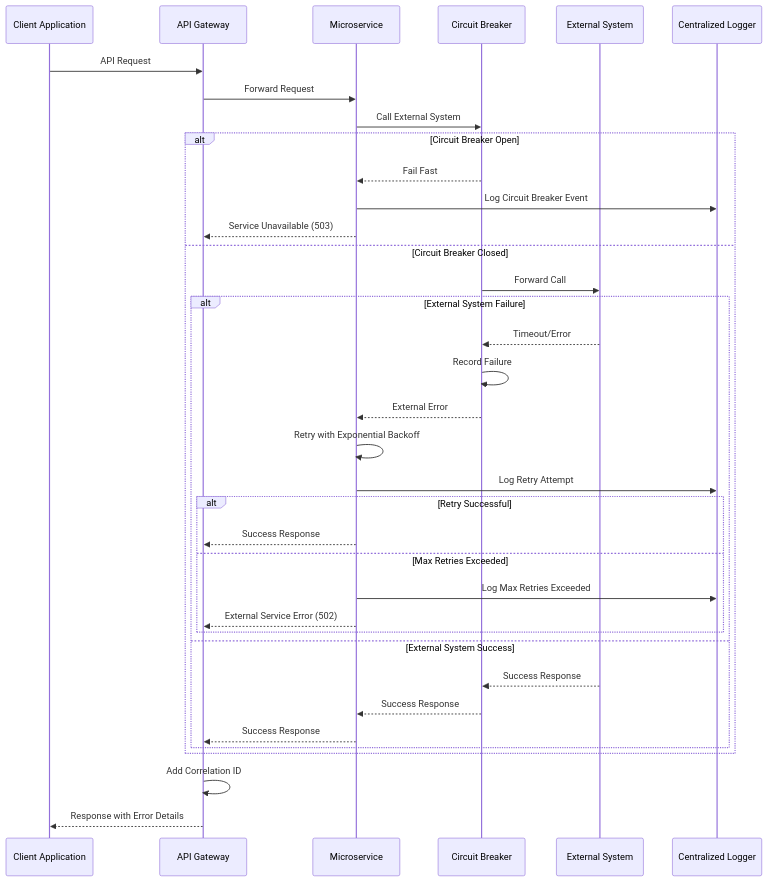
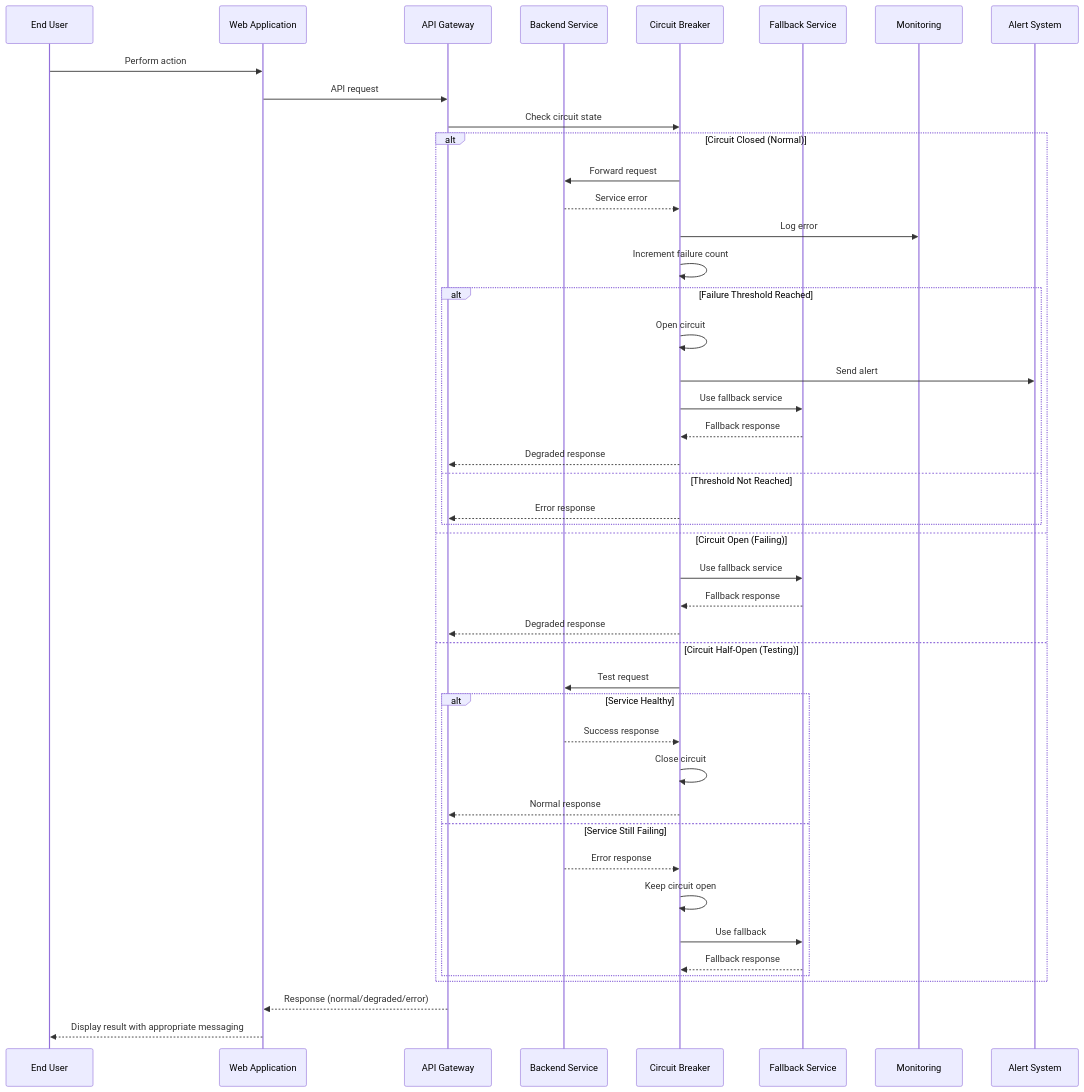
The sixth of 7 diagrams in API Development/Components and Sequence Diagrams/sequence_diagram.md (ThapaswiASC/SCIB-INCEPTION-PHASE-DEMO), drawn with Mermaid before and after one commit. The commit also changed other lines of this file and 1 other file, not shown here.

````diff
--- a/API Development/Components and Sequence Diagrams/sequence_diagram.md
+++ b/API Development/Components and Sequence Diagrams/sequence_diagram.md
@@ -301,45 +249,51 @@
 ```mermaid
 sequenceDiagram
-    participant Client as Client Application
-    participant APIGateway as API Gateway
-    participant Service as Microservice
-    participant CircuitBreaker as Circuit Breaker
-    participant ExternalSystem as External System
-    participant Logger as Centralized Logger
+    participant User as End User
+    participant WebApp as Web Application
+    participant API as API Gateway
+    participant Service as Backend Service
+    participant Circuit as Circuit Breaker
+    participant Fallback as Fallback Service
+    participant Monitor as Monitoring
+    participant Alert as Alert System
     
-    Client->>APIGateway: API Request
-    APIGateway->>Service: Forward Request
-    Service->>CircuitBreaker: Call External System
+    User->>WebApp: Perform action
+    WebApp->>API: API request
+    API->>Circuit: Check circuit state
     
-    alt Circuit Breaker Open
-        CircuitBreaker-->>Service: Fail Fast
-        Service->>Logger: Log Circuit Breaker Event
-        Service-->>APIGateway: Service Unavailable (503)
+    alt Circuit Closed (Normal)
+        Circuit->>Service: Forward request
+        Service-->>Circuit: Service error
+        Circuit->>Monitor: Log error
+        Circuit->>Circuit: Increment failure count
         
-    else Circuit Breaker Closed
-        CircuitBreaker->>ExternalSystem: Forward Call
-        
-        alt External System Failure
-            ExternalSystem-->>CircuitBreaker: Timeout/Error
-            CircuitBreaker->>CircuitBreaker: Record Failure
-            CircuitBreaker-->>Service: External Error
-            Service->>Service: Retry with Exponential Backoff
-            Service->>Logger: Log Retry Attempt
-            
-            alt Retry Successful
-                Service-->>APIGateway: Success Response
-            else Max Retries Exceeded
-                Service->>Logger: Log Max Retries Exceeded
-                Service-->>APIGateway: External Service Error (502)
-            end
-            
-        else External System Success
-            ExternalSystem-->>CircuitBreaker: Success Response
-            CircuitBreaker-->>Service: Success Response
-            Service-->>APIGateway: Success Response
+        alt Failure Threshold Reached
+            Circuit->>Circuit: Open circuit
+            Circuit->>Alert: Send alert
+            Circuit->>Fallback: Use fallback service
+            Fallback-->>Circuit: Fallback response
+            Circuit-->>API: Degraded response
+        else Threshold Not Reached
+            Circuit-->>API: Error response
+        end
+    else Circuit Open (Failing)
+        Circuit->>Fallback: Use fallback service
+        Fallback-->>Circuit: Fallback response
+        Circuit-->>API: Degraded response
+    else Circuit Half-Open (Testing)
+        Circuit->>Service: Test request
+        alt Service Healthy
+            Service-->>Circuit: Success response
+            Circuit->>Circuit: Close circuit
+            Circuit-->>API: Normal response
+        else Service Still Failing
+            Service-->>Circuit: Error response
+            Circuit->>Circuit: Keep circuit open
+            Circuit->>Fallback: Use fallback
+            Fallback-->>Circuit: Fallback response
         end
     end
     
-    APIGateway->>APIGateway: Add Correlation ID
-    APIGateway-->>Client: Response with Error Details
+    API-->>WebApp: Response (normal/degraded/error)
+    WebApp-->>User: Display result with appropriate messaging
 ```
````
